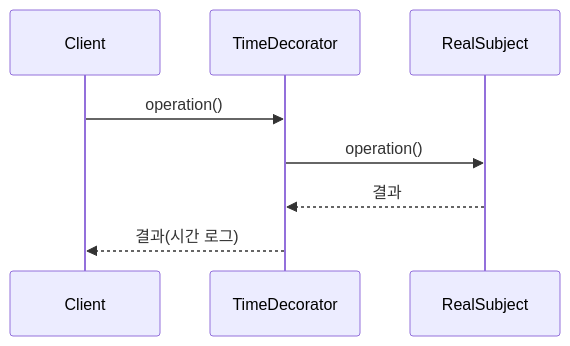
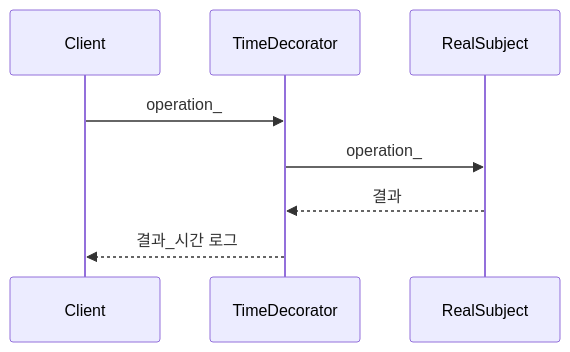
The third of 11 diagrams in _posts/spring/2026-05-02-spring-core-advanced.md (yjkim2015/yjkim2015.github.io), drawn with Mermaid before and after one commit. The commit also changed other lines of this file and 85 other files, not shown here.

First line of the commit message:
sequenceDiagram 문법 에러 2차 수정 169개 (86파일)

````diff
--- a/_posts/spring/2026-05-02-spring-core-advanced.md
+++ b/_posts/spring/2026-05-02-spring-core-advanced.md
@@ -131,10 +131,10 @@
 ```mermaid
 sequenceDiagram
     participant C as Client
     participant T as TimeDecorator
     participant R as RealSubject
-    C->>T: operation()
-    T->>R: operation()
+    C->>T: operation_
+    T->>R: operation_
     R-->>T: 결과
-    T-->>C: 결과(시간 로그)
+    T-->>C: 결과_시간 로그
 ```
````
